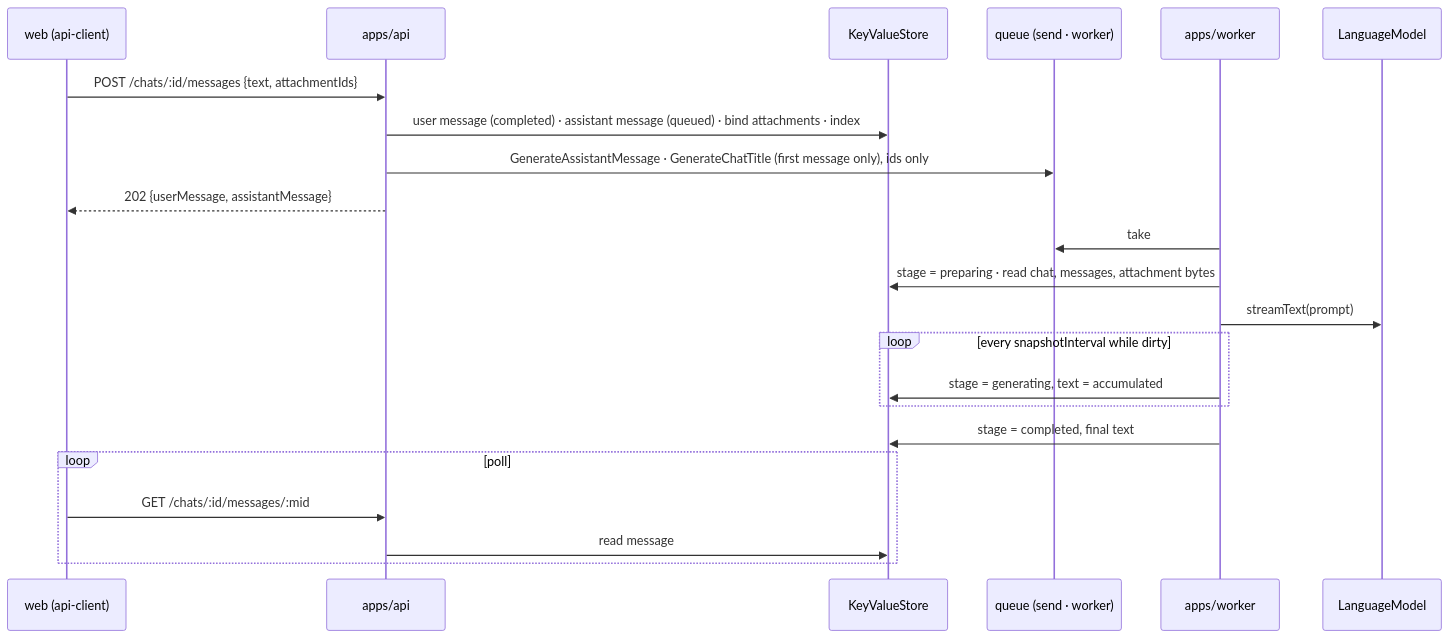
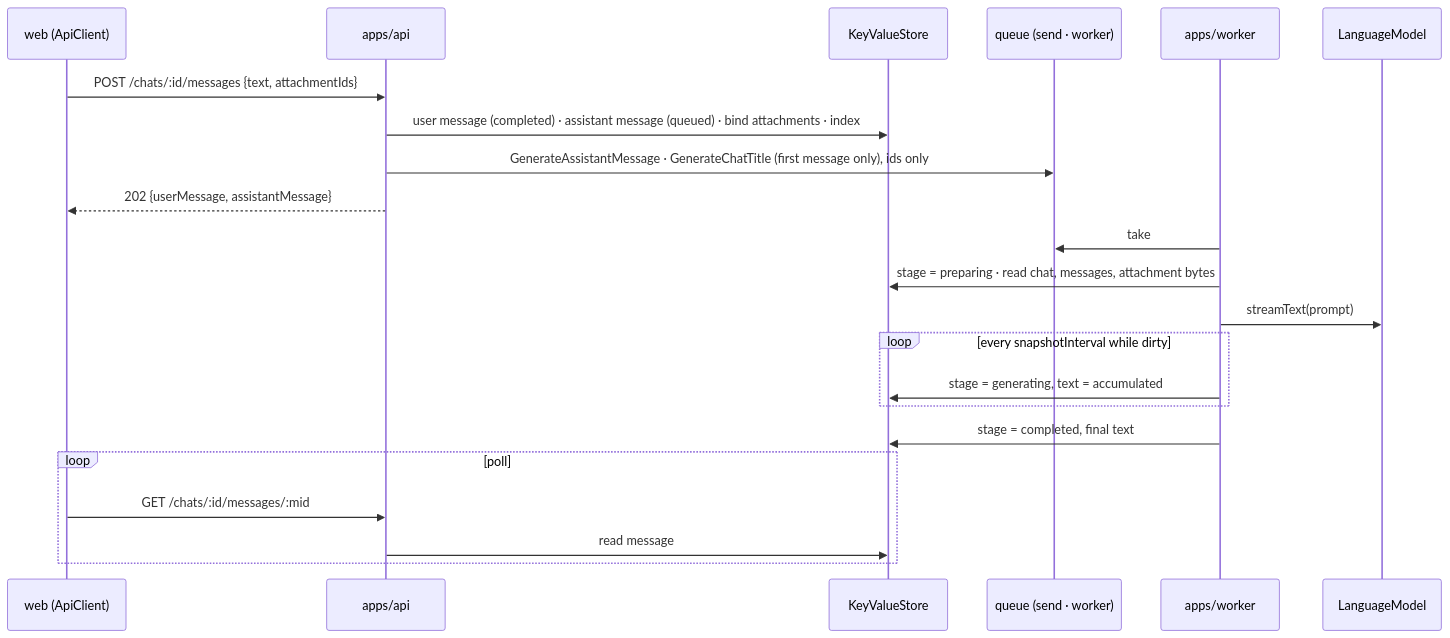
One commit to khotei/app-template changed the diagram in docs/tickets/2026-10-17_chat-core/architecture.md. Above: the diagram before and after it, drawn with Mermaid. The commit also changed other lines of this file and 27 other files, not shown here.

````diff
--- a/docs/tickets/2026-10-17_chat-core/architecture.md
+++ b/docs/tickets/2026-10-17_chat-core/architecture.md
@@ -13,24 +13,24 @@
 ```mermaid
 sequenceDiagram
-  participant W as web (api-client)
+  participant W as web (ApiClient)
   participant A as apps/api
   participant S as KeyValueStore
   participant Q as queue (send · worker)
   participant K as apps/worker
   participant M as LanguageModel
   W->>A: POST /chats/:id/messages {text, attachmentIds}
   A->>S: user message (completed) · assistant message (queued) · bind attachments · index
   A->>Q: GenerateAssistantMessage · GenerateChatTitle (first message only), ids only
   A-->>W: 202 {userMessage, assistantMessage}
   K->>Q: take
   K->>S: stage = preparing · read chat, messages, attachment bytes
   K->>M: streamText(prompt)
   loop every snapshotInterval while dirty
     K->>S: stage = generating, text = accumulated
   end
   K->>S: stage = completed, final text
   loop poll
     W->>A: GET /chats/:id/messages/:mid
     A->>S: read message
   end
 ```
````
